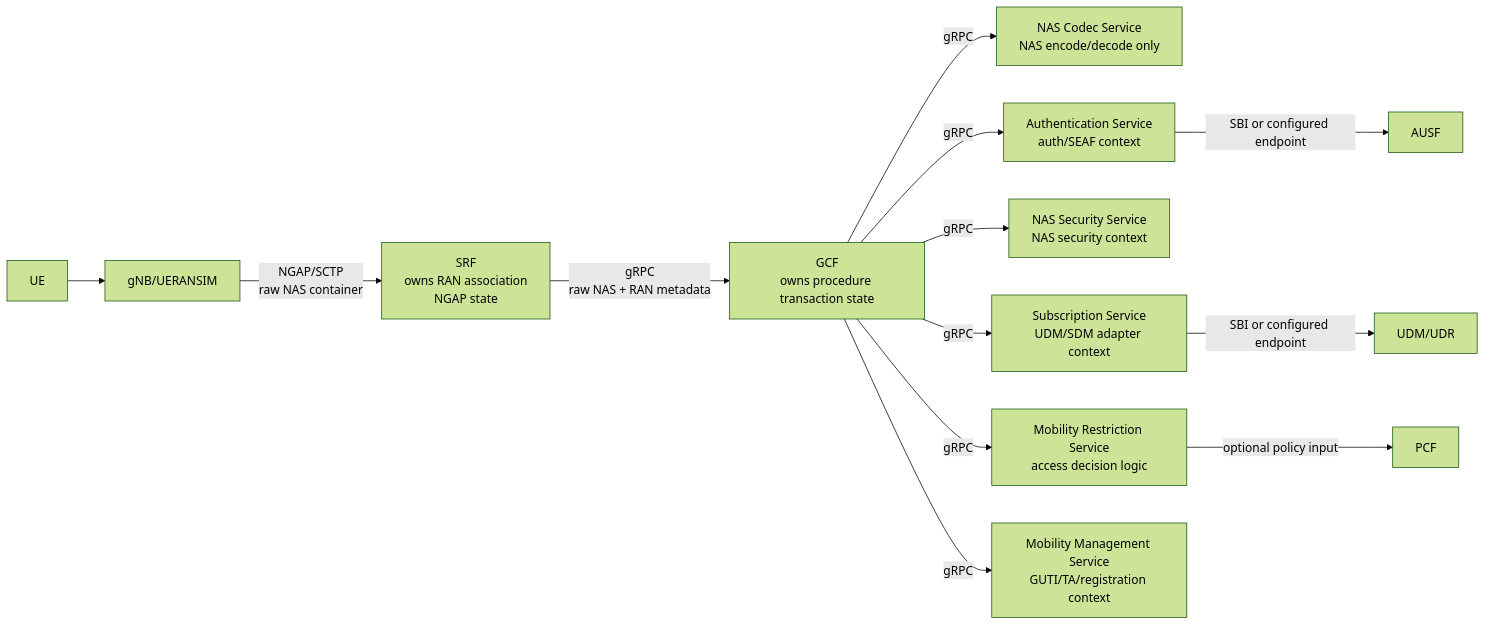
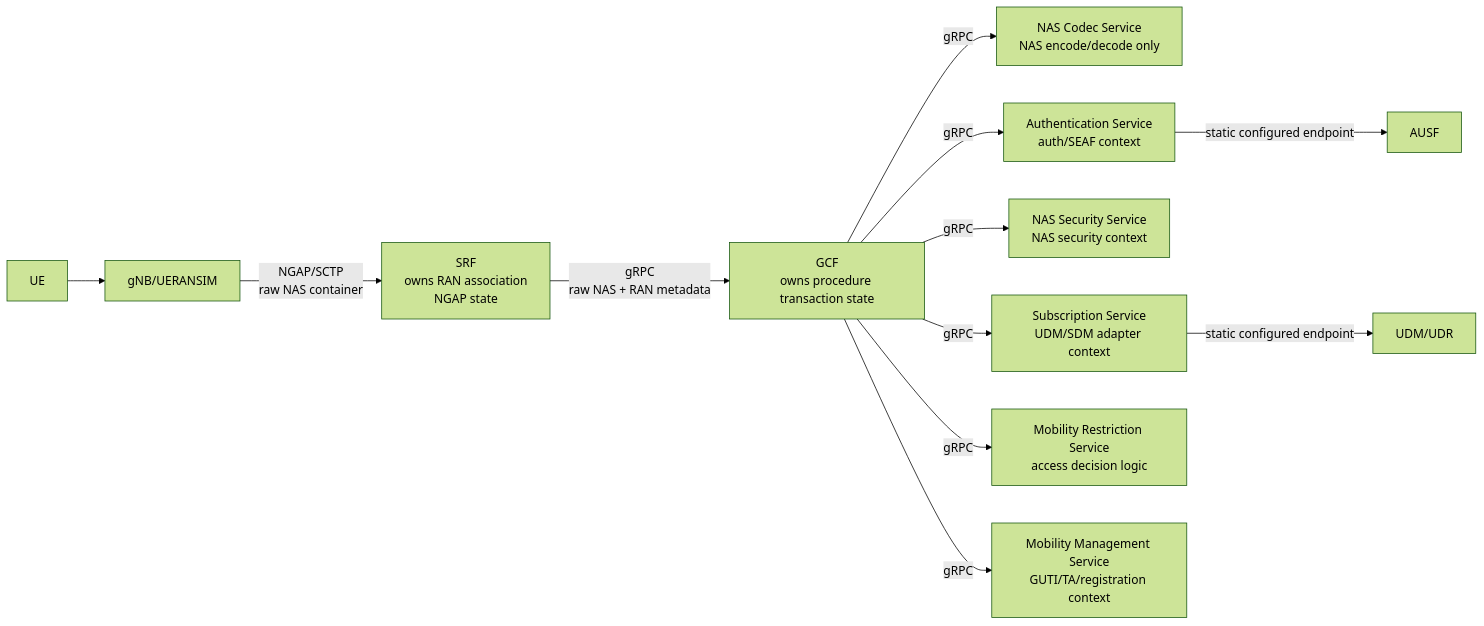
One commit to acore2026/docs changed the ninth of 16 diagrams in orange-prototype-wiki/free6gc-initial-design.md. Above: the diagram before and after it, drawn with Mermaid (forest theme). The commit also changed other lines of this file, not shown here.

````diff
--- a/orange-prototype-wiki/free6gc-initial-design.md
+++ b/orange-prototype-wiki/free6gc-initial-design.md
@@ -440,17 +463,16 @@
 ```mermaid
 flowchart LR
     UE[UE] --> GNB[gNB/UERANSIM]
     GNB -->|NGAP/SCTP<br/>raw NAS container| SRF[SRF<br/>owns RAN association<br/>NGAP state]
     SRF -->|gRPC<br/>raw NAS + RAN metadata| GCF[GCF<br/>owns procedure transaction state]
 
     GCF -->|gRPC| NASC[NAS Codec Service<br/>NAS encode/decode only]
     GCF -->|gRPC| AUTH[Authentication Service<br/>auth/SEAF context]
     GCF -->|gRPC| NASS[NAS Security Service<br/>NAS security context]
     GCF -->|gRPC| SUB[Subscription Service<br/>UDM/SDM adapter context]
     GCF -->|gRPC| MR[Mobility Restriction Service<br/>access decision logic]
     GCF -->|gRPC| MM[Mobility Management Service<br/>GUTI/TA/registration context]
 
-    AUTH -->|SBI or configured endpoint| AUSF[AUSF]
-    SUB -->|SBI or configured endpoint| UDM[UDM/UDR]
-    MR -->|optional policy input| PCF[PCF]
+    AUTH -->|static configured endpoint| AUSF[AUSF]
+    SUB -->|static configured endpoint| UDM[UDM/UDR]
 ```
````
